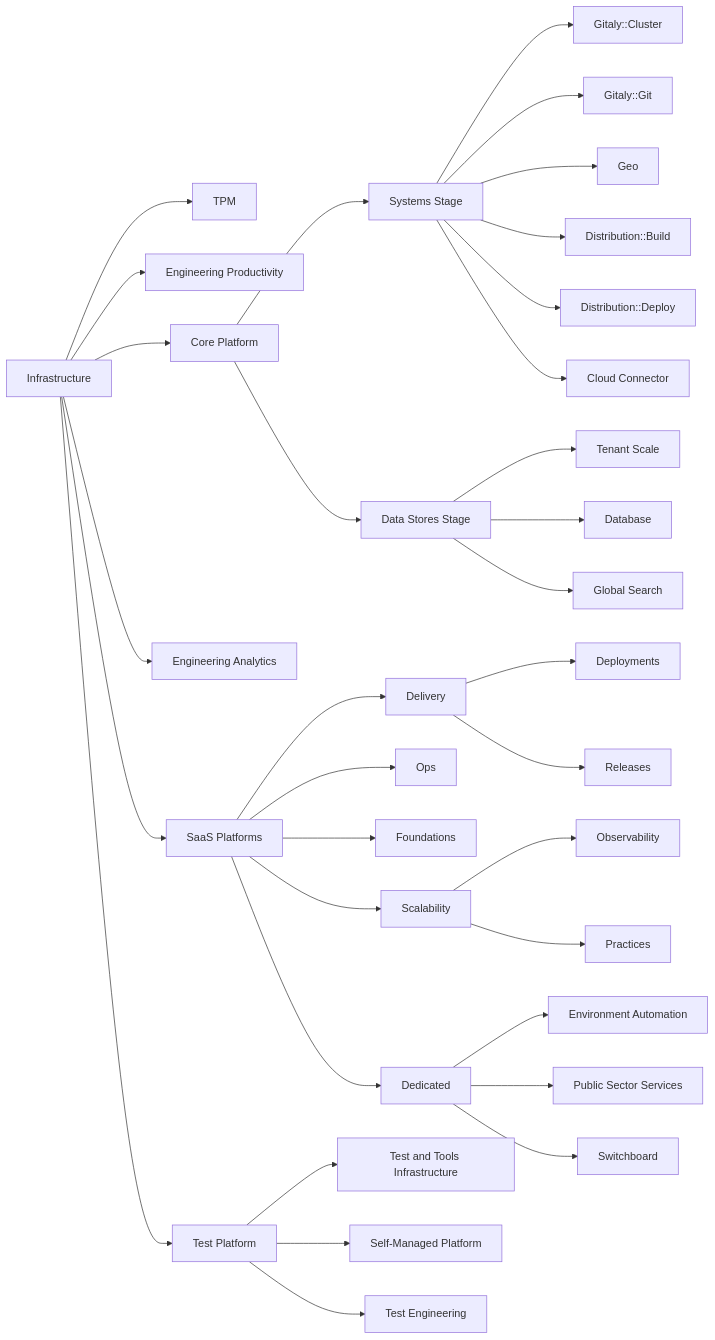
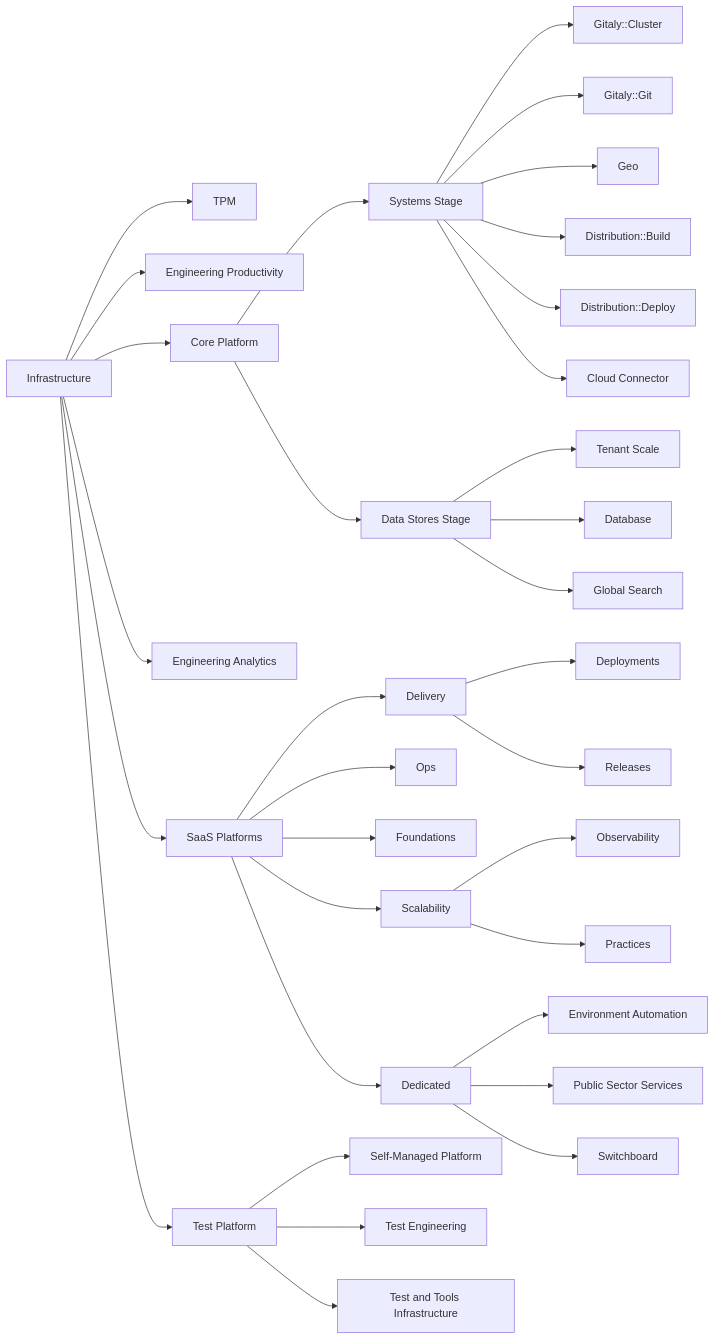
Before and after one commit to secretstartups/handbook: the diagram in content/handbook/engineering/infrastructure/_index.md, drawn with Mermaid. The commit also changed other lines of this file, not shown here.

````diff
--- a/content/handbook/engineering/infrastructure/_index.md
+++ b/content/handbook/engineering/infrastructure/_index.md
@@ -43,72 +43,72 @@
 ```mermaid
 flowchart LR
     I[Infrastructure]
     click I "/handbook/engineering/infrastructure/"
 
     I --> TPM
 
     I --> EP[Engineering Productivity]
     click EP "/handbook/engineering/infrastructure/engineering-productivity/"
     I --> C[Core Platform]
     click C "/handbook/engineering/infrastructure/core-platform/"
     I --> EA[Engineering Analytics]
     click EA "/handbook/engineering/quality/engineering-analytics/"
     I --> TP[Test Platform]
     click TP "/handbook/engineering/infrastructure/test-platform/"
     I --> SP[SaaS Platforms]
     click SP "/handbook/engineering/infrastructure/platforms/"
 
     C --> SS[Systems Stage]
     click SS "/handbook/engineering/infrastructure/core-platform/systems/"
 
     SS --> GC[Gitaly::Cluster]
     click GC "/handbook/engineering/infrastructure/core-platform/systems/gitaly/"
     SS --> GG[Gitaly::Git]
     click GG "/handbook/engineering/infrastructure/core-platform/systems/gitaly/"
     SS --> Geo
     click Geo "/handbook/engineering/infrastructure/core-platform/systems/geo/"
     SS --> DB[Distribution::Build]
     click DB "/handbook/engineering/infrastructure/core-platform/systems/distribution/"
     SS --> DD[Distribution::Deploy]
     click DD "/handbook/engineering/infrastructure/core-platform/systems/distribution/"
     SS --> CC[Cloud Connector]
     click CC "/handbook/engineering/infrastructure/core-platform/systems/cloud-connector/"
 
     C --> DS[Data Stores Stage]
     click DS "/handbook/engineering/infrastructure/core-platform/data_stores/"
     DS --> TS[Tenant Scale]
     click TS "/handbook/engineering/infrastructure/core-platform/data_stores/tenant-scale/"
     DS --> Database
     click Database "/handbook/engineering/infrastructure/core-platform/data_stores/database/"
     DS --> GS[Global Search]
     click GS "/handbook/engineering/infrastructure/core-platform/data_stores/search/"
 
     SP --> DE[Delivery]
     click DE "/handbook/engineering/infrastructure/team/delivery/"
     DE --> Deployments
     DE --> Releases
     SP --> Ops
     click Ops "/handbook/engineering/infrastructure/team/ops/"
     SP --> Foundations
     click Foundations "/handbook/engineering/infrastructure/team/foundations/"
     SP --> Scalability
     click Scalability "/handbook/engineering/infrastructure/team/scalability/"
     Scalability --> Observability
     Scalability --> Practices
 
     SP --> D[Dedicated]
     click D "/handbook/engineering/infrastructure/team/gitlab-dedicated/"
     D --> E[Environment Automation]
     click E "/handbook/engineering/infrastructure/team/gitlab-dedicated/"
     D --> PSS[Public Sector Services]
     click PSS "/handbook/engineering/infrastructure/team/gitlab-dedicated/us-public-sector-services/"
     D --> Switchboard
     click Switchboard "/handbook/engineering/infrastructure/team/gitlab-dedicated/switchboard/"
 
-    TP --> TTI[Test and Tools Infrastructure]
-    click TTI "/handbook/engineering/infrastructure/test-platform/test-and-tools-infrastructure-team/"
     TP --> SMP[Self-Managed Platform]
     click SMP "/handbook/engineering/infrastructure/test-platform/self-managed-platform-team/"
     TP --> TE[Test Engineering]
     click TE "/handbook/engineering/infrastructure/test-platform/test-engineering-team/"
+    TP --> TTI[Test and Tools Infrastructure]
+    click TTI "/handbook/engineering/infrastructure/test-platform/test-and-tools-infrastructure-team/"
 ```
````
